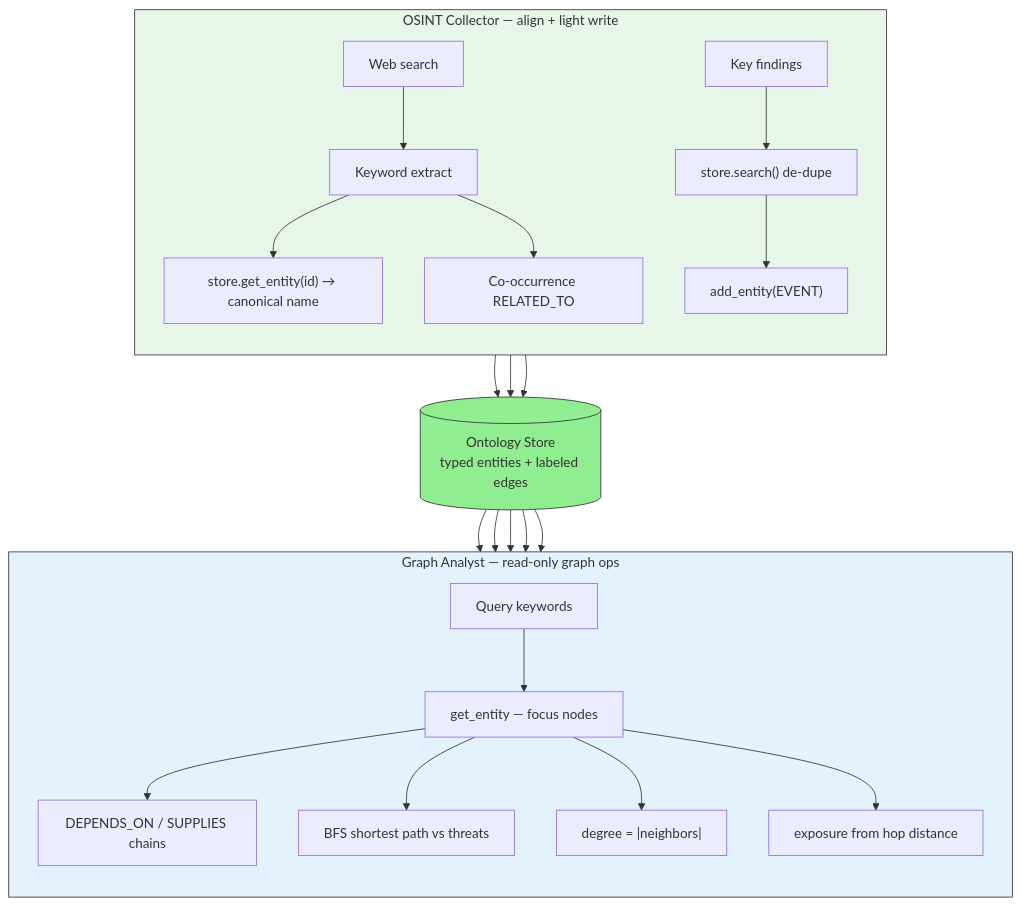
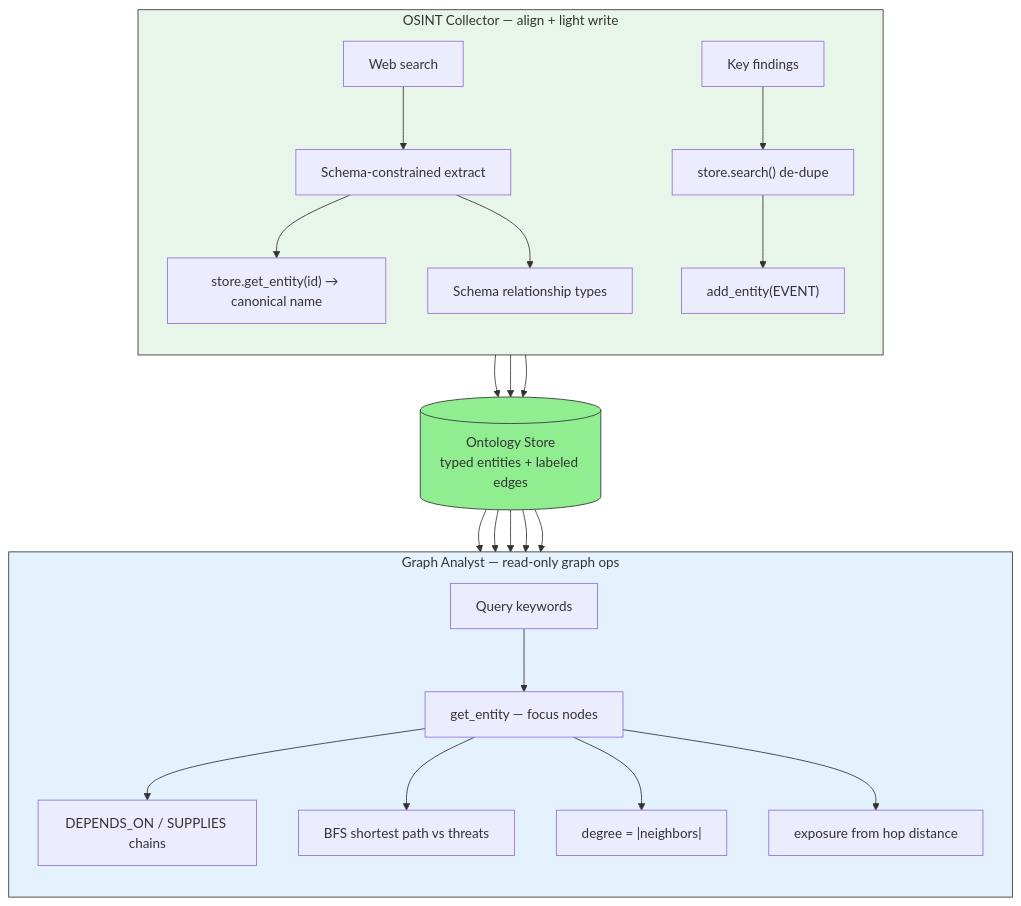
Before and after one commit to fanqingsong/palantir-ontology-agents: the third of 14 diagrams in README.md, drawn with Mermaid. The commit also changed other lines of this file and 5 other files, not shown here.

Commit message:
Extract OSINT entities against the YAML ontology schema instead of hardcoded aliases.

````diff
--- a/README.md
+++ b/README.md
@@ -97,34 +97,34 @@
 ```mermaid
 flowchart TB
   subgraph OSINT["OSINT Collector — align + light write"]
     direction TB
-    W[Web search] --> X[Keyword extract]
+    W[Web search] --> X[Schema-constrained extract]
     X --> A["store.get_entity(id) → canonical name"]
-    X --> R[Co-occurrence RELATED_TO]
+    X --> R[Schema relationship types]
     F[Key findings] --> D["store.search() de-dupe"]
     D --> E["add_entity(EVENT)"]
   end
 
   subgraph GA["Graph Analyst — read-only graph ops"]
     direction TB
     K[Query keywords] --> FO["get_entity — focus nodes"]
     FO --> C["DEPENDS_ON / SUPPLIES chains"]
     FO --> P["BFS shortest path vs threats"]
     FO --> H["degree = |neighbors|"]
     FO --> S["exposure from hop distance"]
   end
 
   ONT[(Ontology Store<br/>typed entities + labeled edges)]
   A --> ONT
   E --> ONT
   R --> ONT
   ONT --> FO
   ONT --> C
   ONT --> P
   ONT --> H
   ONT --> S
 
   style OSINT fill:#e8f5e9,stroke:#333
   style GA fill:#e3f2fd,stroke:#333
   style ONT fill:#90EE90,stroke:#333
 ```
````
